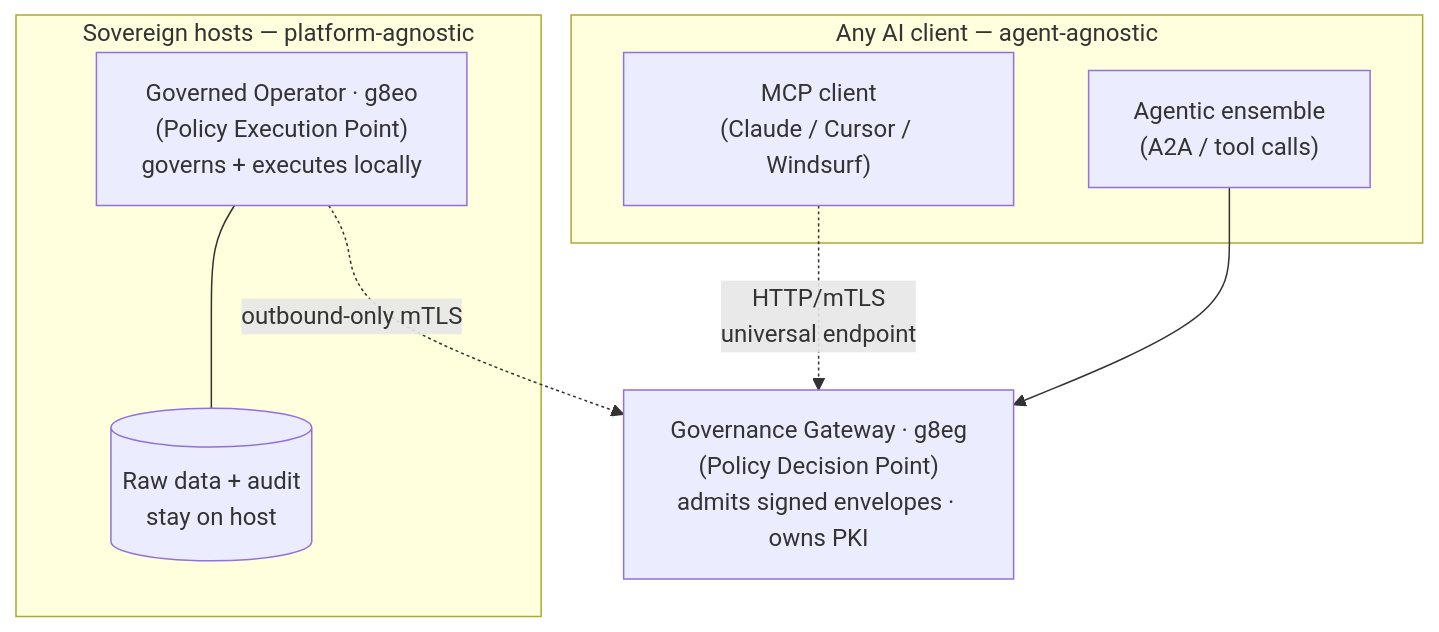
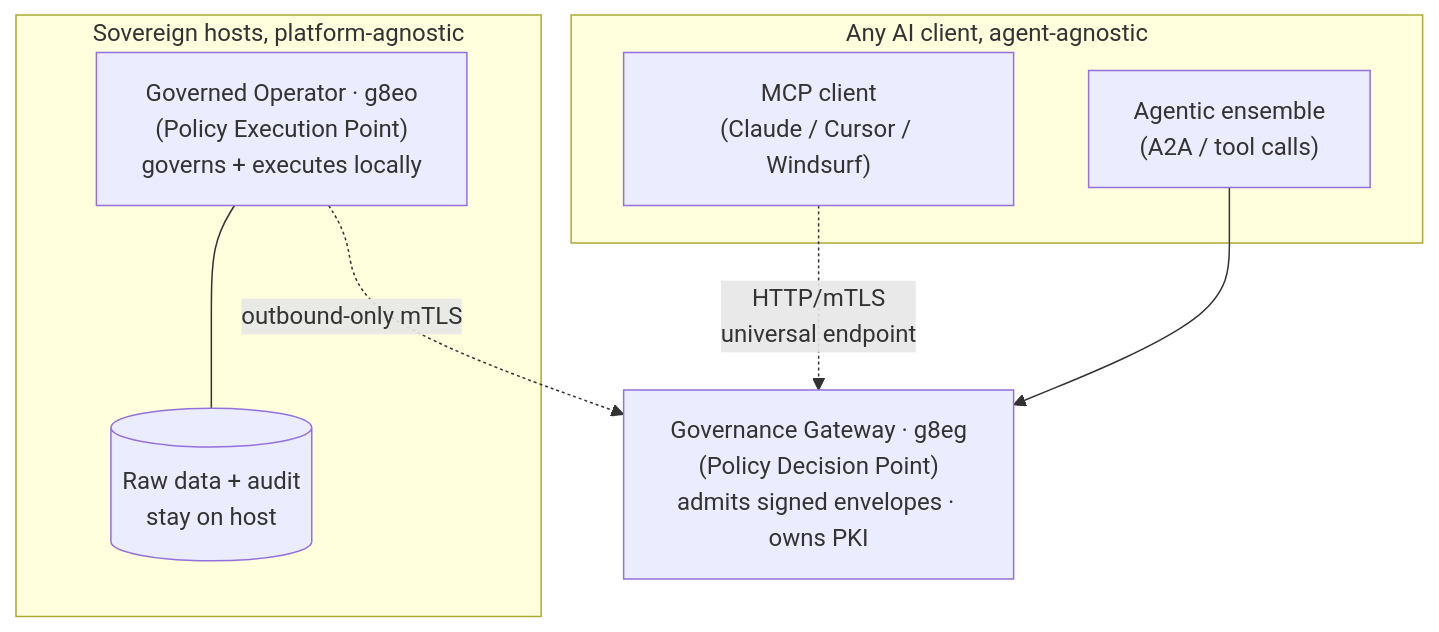
The first of 4 diagrams in README.md (g8e-ai/g8e), drawn with Mermaid before and after one commit. The commit also changed other lines of this file and 54 other files, not shown here.

````diff
--- a/README.md
+++ b/README.md
@@ -43,19 +43,19 @@
 ```mermaid
 graph TD
-    subgraph Clients ["Any AI client — agent-agnostic"]
+    subgraph Clients ["Any AI client, agent-agnostic"]
         C1["MCP client<br/>(Claude / Cursor / Windsurf)"]
         C2["Agentic ensemble<br/>(A2A / tool calls)"]
     end
 
     GW["Governance Gateway · g8eg<br/>(Policy Decision Point)<br/>admits signed envelopes · owns PKI"]
 
-    subgraph Fleet ["Sovereign hosts — platform-agnostic"]
+    subgraph Fleet ["Sovereign hosts, platform-agnostic"]
         O1["Governed Operator · g8eo<br/>(Policy Execution Point)<br/>governs + executes locally"]
         D1[("Raw data + audit<br/>stay on host")]
         O1 --- D1
     end
 
     C1 -. "HTTP/mTLS<br/>universal endpoint" .-> GW
     C2 --> GW
     O1 -. "outbound-only mTLS" .-> GW
 ```
````
